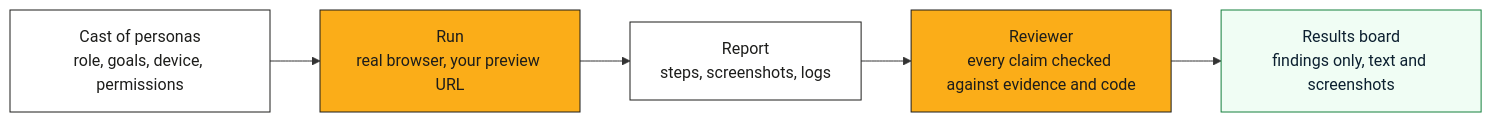
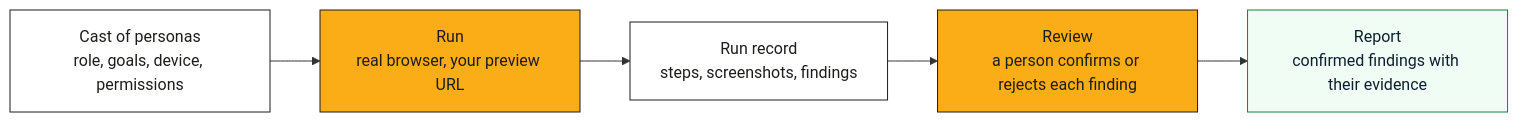
One commit to dummy-run/dummy-run changed the diagram in README.md. Above: the diagram before and after it, drawn with Mermaid. The commit also changed other lines of this file and 29 other files, not shown here.

````diff
--- a/README.md
+++ b/README.md
@@ -30,10 +31,10 @@
 ```mermaid
 flowchart LR
     A[Cast of personas<br/>role, goals, device, permissions]:::step --> B[Run<br/>real browser, your preview URL]:::agent
-    B --> C[Report<br/>steps, screenshots, logs]:::step
-    C --> D[Reviewer<br/>every claim checked against evidence and code]:::agent
-    D --> E[Results board<br/>findings only, text and screenshots]:::out
+    B --> C[Run record<br/>steps, screenshots, findings]:::step
+    C --> D[Review<br/>a person confirms or rejects each finding]:::agent
+    D --> E[Report<br/>confirmed findings with their evidence]:::out
     classDef step fill:#ffffff,stroke:#1d1d1b,color:#1d1d1b
     classDef agent fill:#fbad18,stroke:#1d1d1b,color:#1d1d1b
     classDef out fill:#f0fdf4,stroke:#15803d,color:#0c2030
 ```
````
